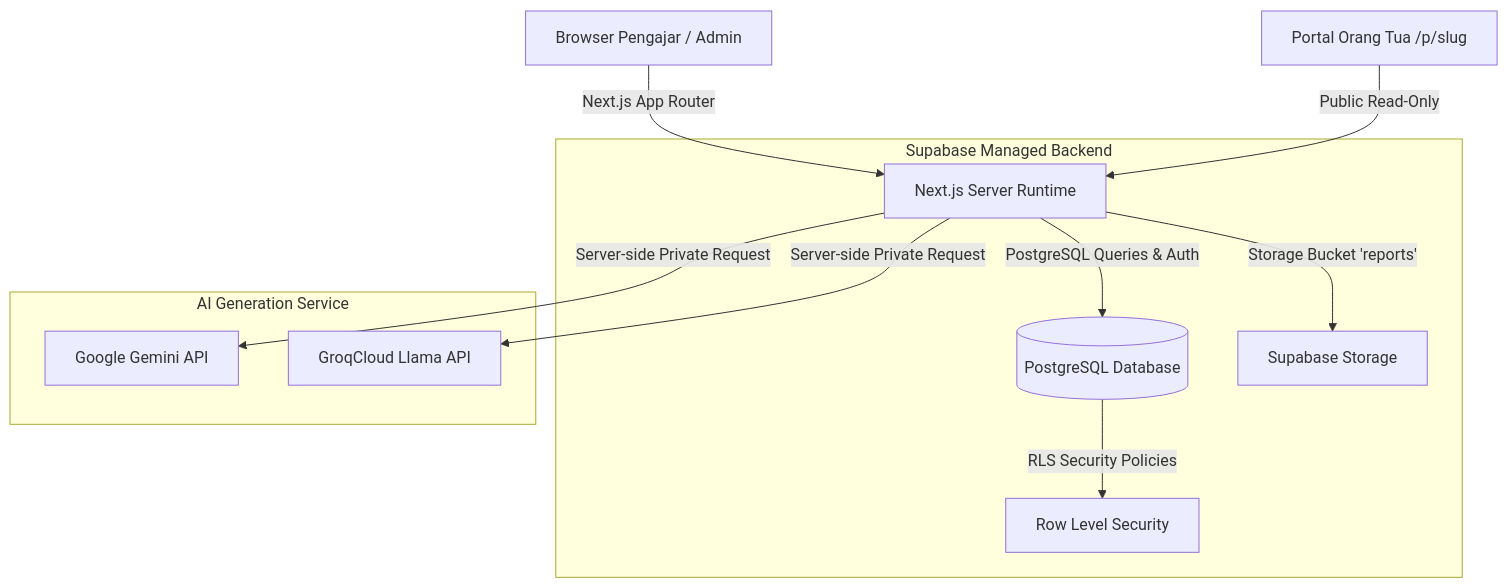
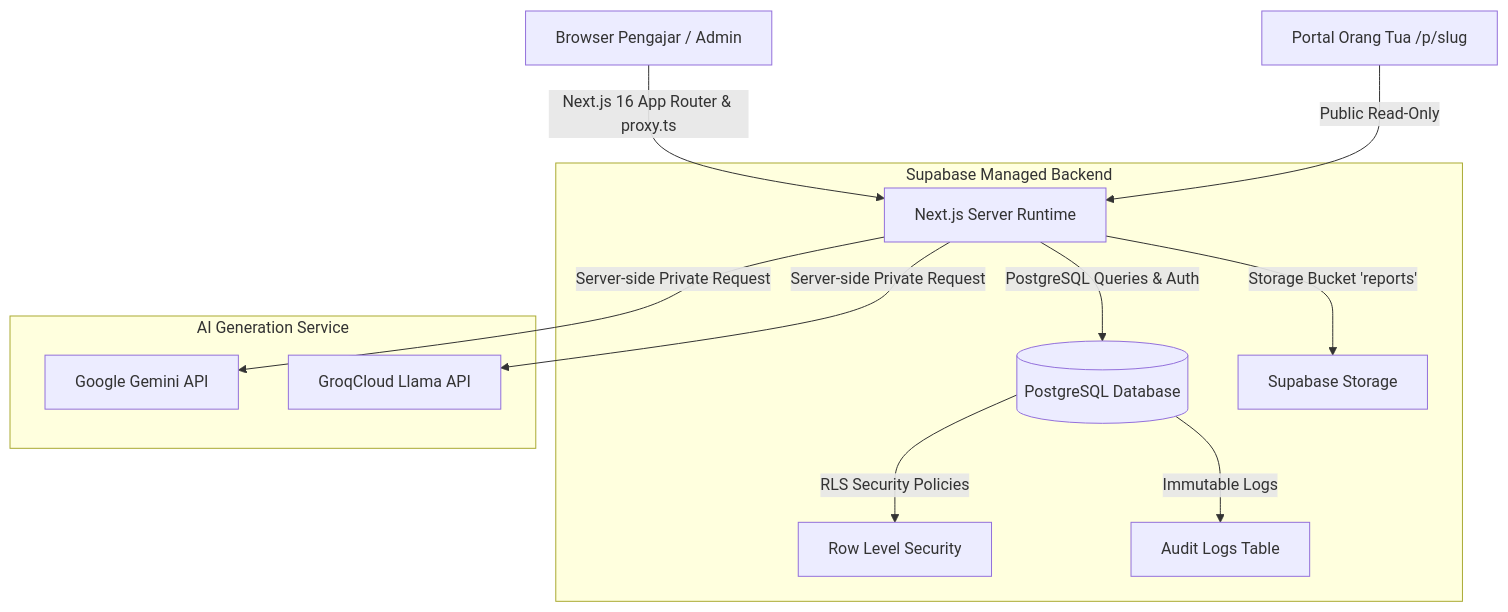
The diagram in README.md (revanzaRaihan/daereportglobal), drawn with Mermaid before and after one commit. The commit also changed other lines of this file and 30 other files, not shown here.

Commit message:
feat: add comprehensive admin tools, security migrations, audit logging, and documentation guides

````diff
--- a/README.md
+++ b/README.md
@@ -14,16 +27,17 @@
 ```mermaid
 graph TD
-    Client[Browser Pengajar / Admin] -->|Next.js App Router| NextServer[Next.js Server Runtime]
+    Client[Browser Pengajar / Admin] -->|Next.js 16 App Router & proxy.ts| NextServer[Next.js Server Runtime]
     Parent[Portal Orang Tua /p/slug] -->|Public Read-Only| NextServer
     
     subgraph Supabase Cloud [Supabase Managed Backend]
         NextServer -->|PostgreSQL Queries & Auth| DB[(PostgreSQL Database)]
         NextServer -->|Storage Bucket 'reports'| Storage[Supabase Storage]
         DB -->|RLS Security Policies| RLS[Row Level Security]
+        DB -->|Immutable Logs| Audit[Audit Logs Table]
     end
 
     subgraph AI Engine [AI Generation Service]
         NextServer -->|Server-side Private Request| Gemini[Google Gemini API]
         NextServer -->|Server-side Private Request| Groq[GroqCloud Llama API]
     end
 ```
````
